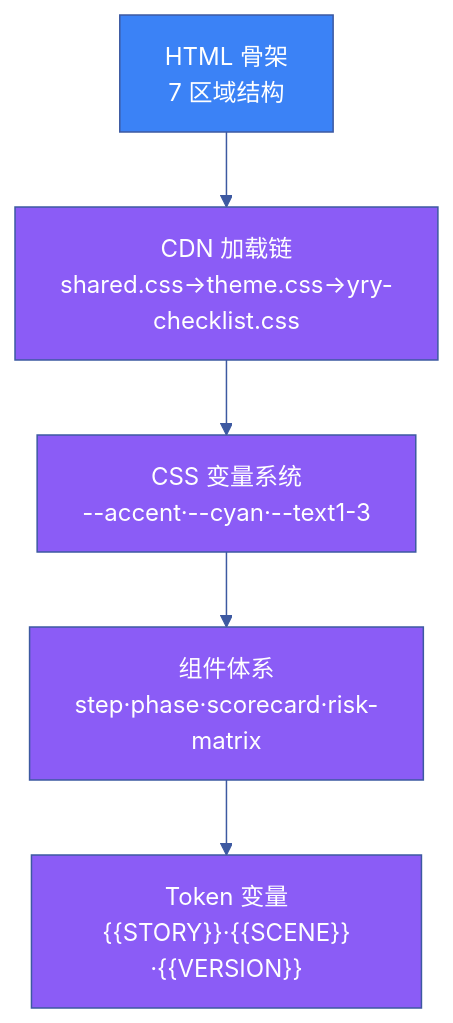
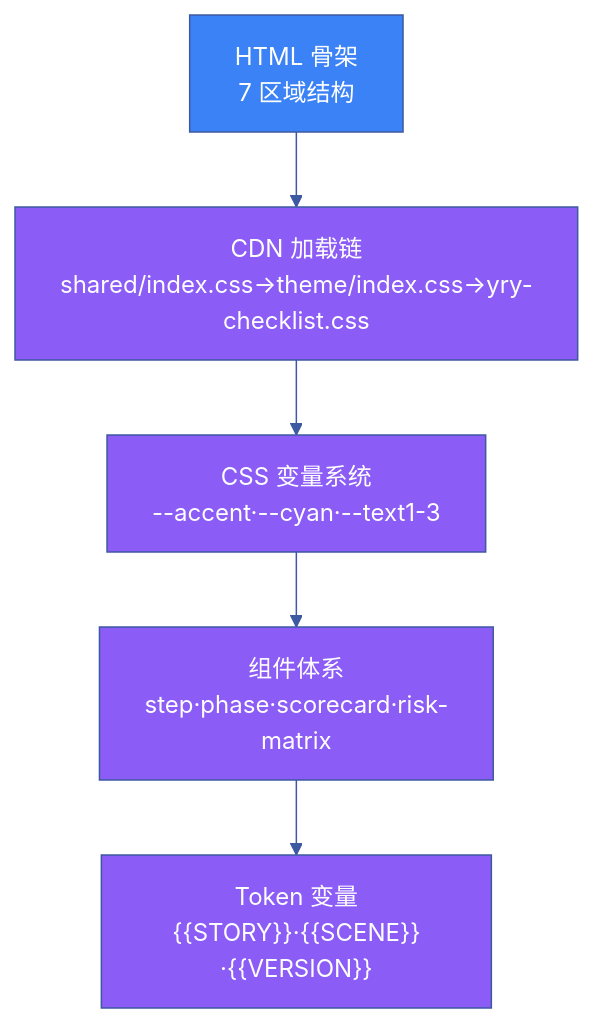
Before and after one commit to effiy/YrY: the diagram in docs/故事任务面板/计划清单/场景-1-模板架构与CSS设计系统/index.md, drawn with Mermaid. The commit also changed 553 other files, not shown here.

````diff
--- a/docs/故事任务面板/计划清单/场景-1-模板架构与CSS设计系统/index.md
+++ b/docs/故事任务面板/计划清单/场景-1-模板架构与CSS设计系统/index.md
@@ -11,14 +11,14 @@
 ```mermaid
 %%{init: {'theme': 'base', 'themeVariables': {
   'primaryColor': '#1e1f2b', 'primaryTextColor': '#a9b1d6',
   'primaryBorderColor': '#3d59a1', 'lineColor': '#3d59a1',
   'secondaryColor': '#2b2d3b', 'tertiaryColor': '#21232f'
 }}}%%
 flowchart TD
-    SKEL["HTML 骨架<br/>7 区域结构"]:::sk --> CDN["CDN 加载链<br/>shared.css→theme.css→yry-checklist.css"]:::cs
+    SKEL["HTML 骨架<br/>7 区域结构"]:::sk --> CDN["CDN 加载链<br/>shared/index.css→theme/index.css→yry-checklist.css"]:::cs
     CDN --> VARS["CSS 变量系统<br/>--accent·--cyan·--text1-3"]:::cs
     VARS --> COMP["组件体系<br/>step·phase·scorecard·risk-matrix"]:::cs
     COMP --> TOK["Token 变量<br/>{{STORY}}·{{SCENE}}·{{VERSION}}"]:::cs
     classDef sk fill:#3B82F6,color:#fff
     classDef cs fill:#8B5CF6,color:#fff
 ```
````
